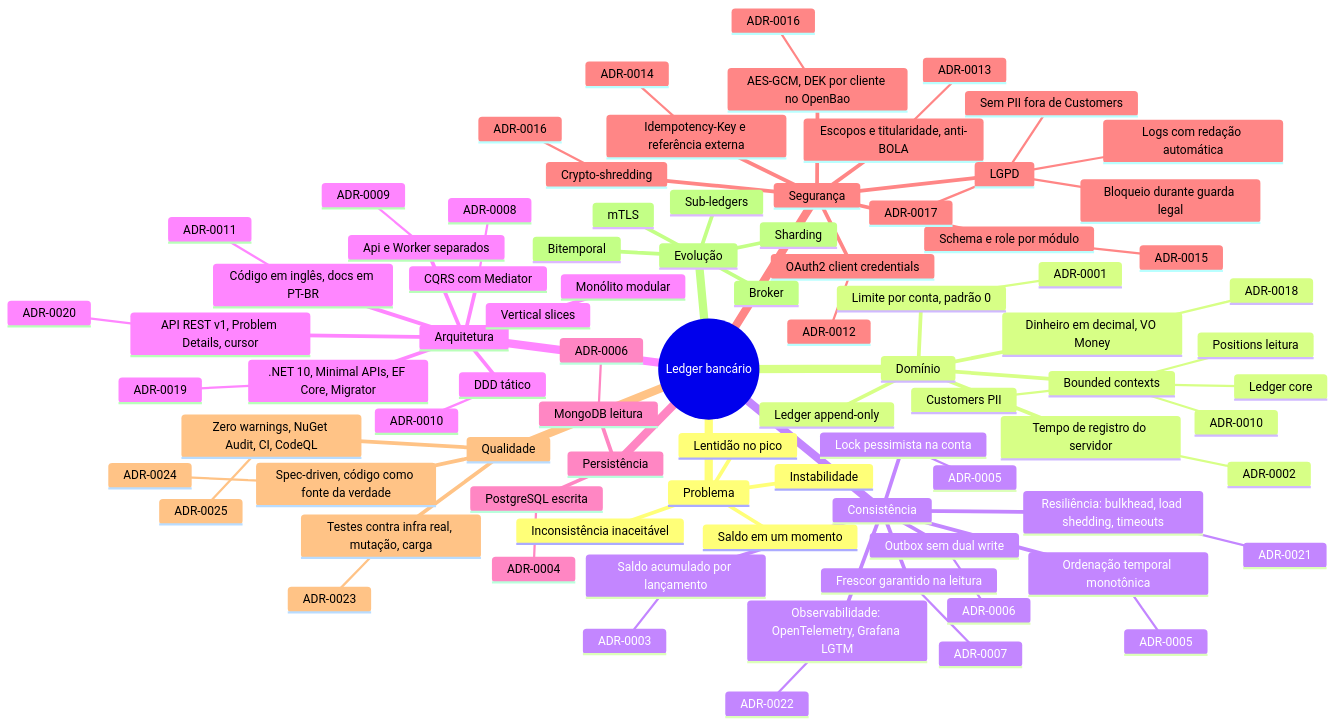
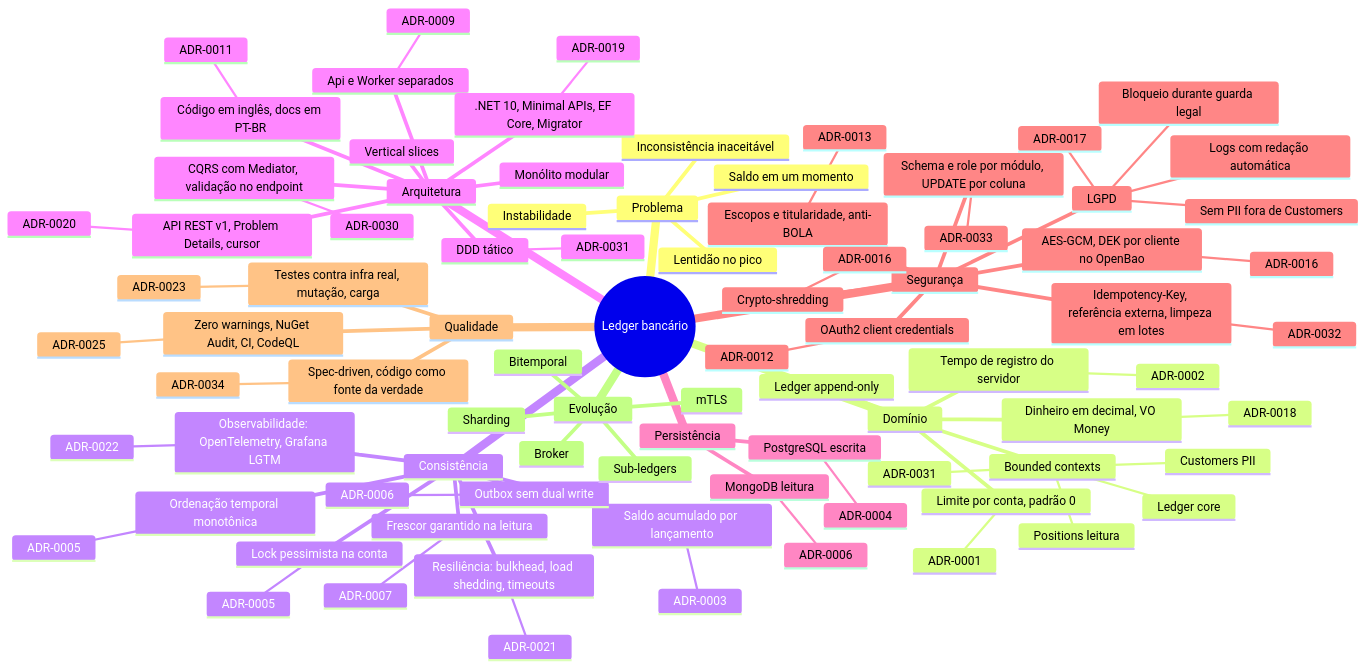
The first of 2 diagrams in docs/mapa-de-decisoes.md (arthuurw/desafio-arquiteto-keyrus), drawn with Mermaid before and after one commit. The commit also changed other lines of this file and 12 other files, not shown here.

```diff
--- a/docs/mapa-de-decisoes.md
+++ b/docs/mapa-de-decisoes.md
@@ -41,7 +41,7 @@
         Ledger core
         Positions leitura
         Customers PII
-        ADR-0010
+        ADR-0031
     Consistência
       Saldo acumulado por lançamento
         ADR-0003
@@ -61,11 +61,11 @@
       Monólito modular
       Vertical slices
       DDD tático
-        ADR-0010
+        ADR-0031
       Api e Worker separados
         ADR-0009
-      CQRS com Mediator
-        ADR-0008
+      CQRS com Mediator, validação no endpoint
+        ADR-0030
       .NET 10, Minimal APIs, EF Core, Migrator
         ADR-0019
       API REST v1, Problem Details, cursor
@@ -82,10 +82,10 @@
         ADR-0012
       Escopos e titularidade, anti-BOLA
         ADR-0013
-      Idempotency-Key e referência externa
-        ADR-0014
-      Schema e role por módulo
-        ADR-0015
+      Idempotency-Key, referência externa, limpeza em lotes
+        ADR-0032
+      Schema e role por módulo, UPDATE por coluna
+        ADR-0033
       AES-GCM, DEK por cliente no OpenBao
         ADR-0016
       Crypto-shredding
@@ -99,7 +99,7 @@
       Testes contra infra real, mutação, carga
         ADR-0023
       Spec-driven, código como fonte da verdade
-        ADR-0024
+        ADR-0034
       Zero warnings, NuGet Audit, CI, CodeQL
         ADR-0025
     Evolução
```
